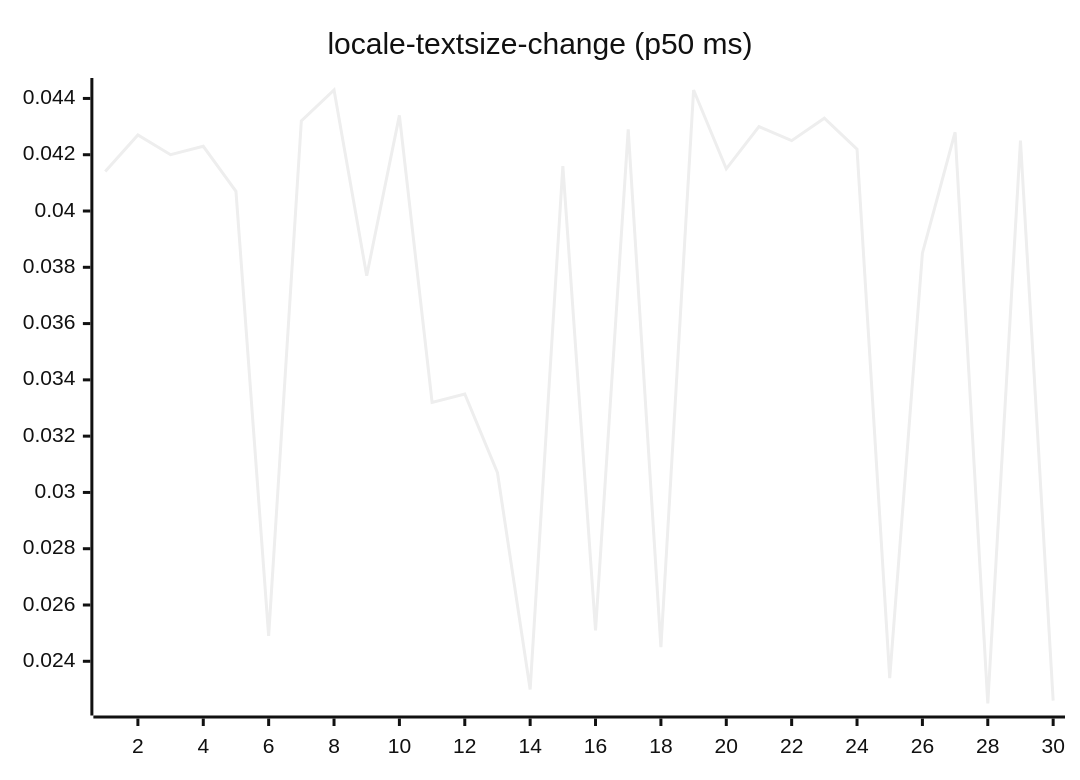
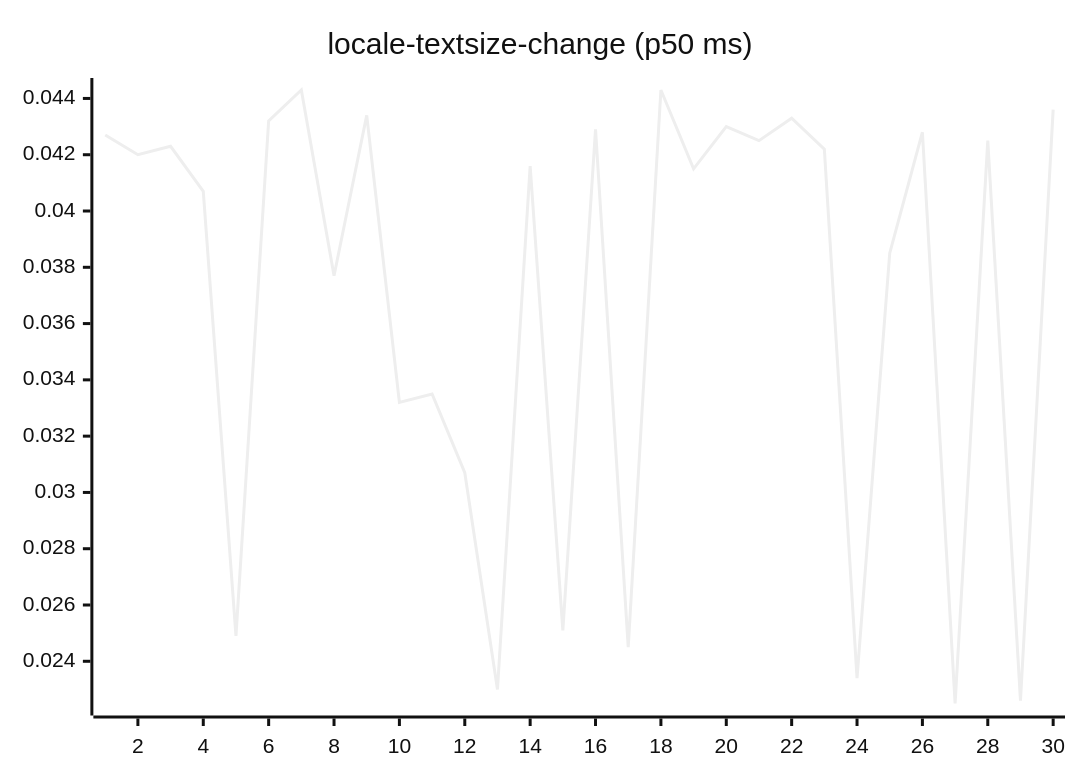
Diagram 13 of 27 in README.md (josha/Facet), drawn with Mermaid (neutral theme) before and after one commit. The commit also changed other lines of this file and 2 other files, not shown here.

````diff
--- a/README.md
+++ b/README.md
@@ -147,6 +147,6 @@
 ```mermaid
 xychart-beta
     title "locale-textsize-change (p50 ms)"
     x-axis 1 --> 30
-    line [0.0414, 0.0427, 0.0420, 0.0423, 0.0407, 0.0249, 0.0432, 0.0443, 0.0377, 0.0434, 0.0332, 0.0335, 0.0307, 0.0230, 0.0416, 0.0251, 0.0429, 0.0245, 0.0443, 0.0415, 0.0430, 0.0425, 0.0433, 0.0422, 0.0234, 0.0385, 0.0428, 0.0225, 0.0425, 0.0226]
+    line [0.0427, 0.0420, 0.0423, 0.0407, 0.0249, 0.0432, 0.0443, 0.0377, 0.0434, 0.0332, 0.0335, 0.0307, 0.0230, 0.0416, 0.0251, 0.0429, 0.0245, 0.0443, 0.0415, 0.0430, 0.0425, 0.0433, 0.0422, 0.0234, 0.0385, 0.0428, 0.0225, 0.0425, 0.0226, 0.0436]
 ```
````
